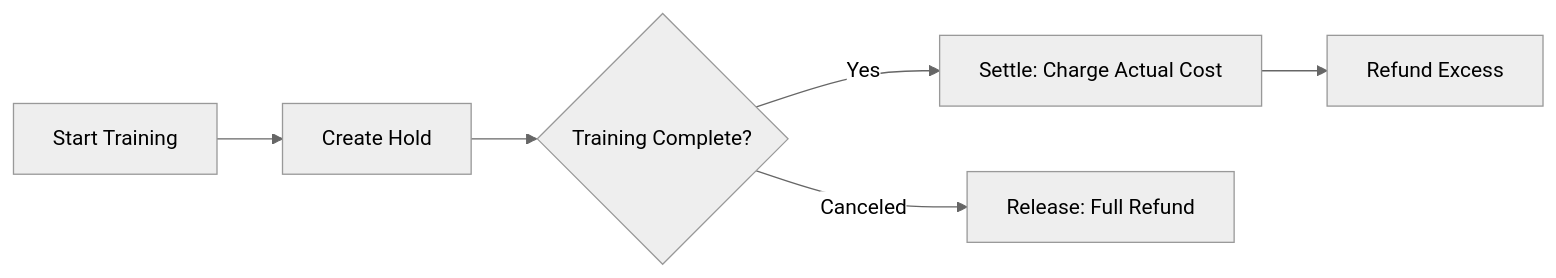
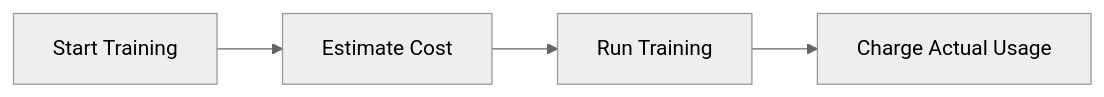
Before and after one commit to medusa717/AI-ULTRALYTICS: the diagram in docs/en/platform/account/billing.md, drawn with Mermaid (neutral theme). The commit also changed other lines of this file and 20 other files, not shown here.

````diff
--- a/docs/en/platform/account/billing.md
+++ b/docs/en/platform/account/billing.md
@@ -173,8 +168,6 @@
 ```mermaid
 flowchart LR
-    A[Start Training] --> B[Create Hold]
-    B --> C{Training Complete?}
-    C -->|Yes| D[Settle: Charge Actual Cost]
-    C -->|Canceled| E[Release: Full Refund]
-    D --> F[Refund Excess]
+    A[Start Training] --> B[Estimate Cost]
+    B --> C[Run Training]
+    C --> D[Charge Actual Usage]
 ```
````
